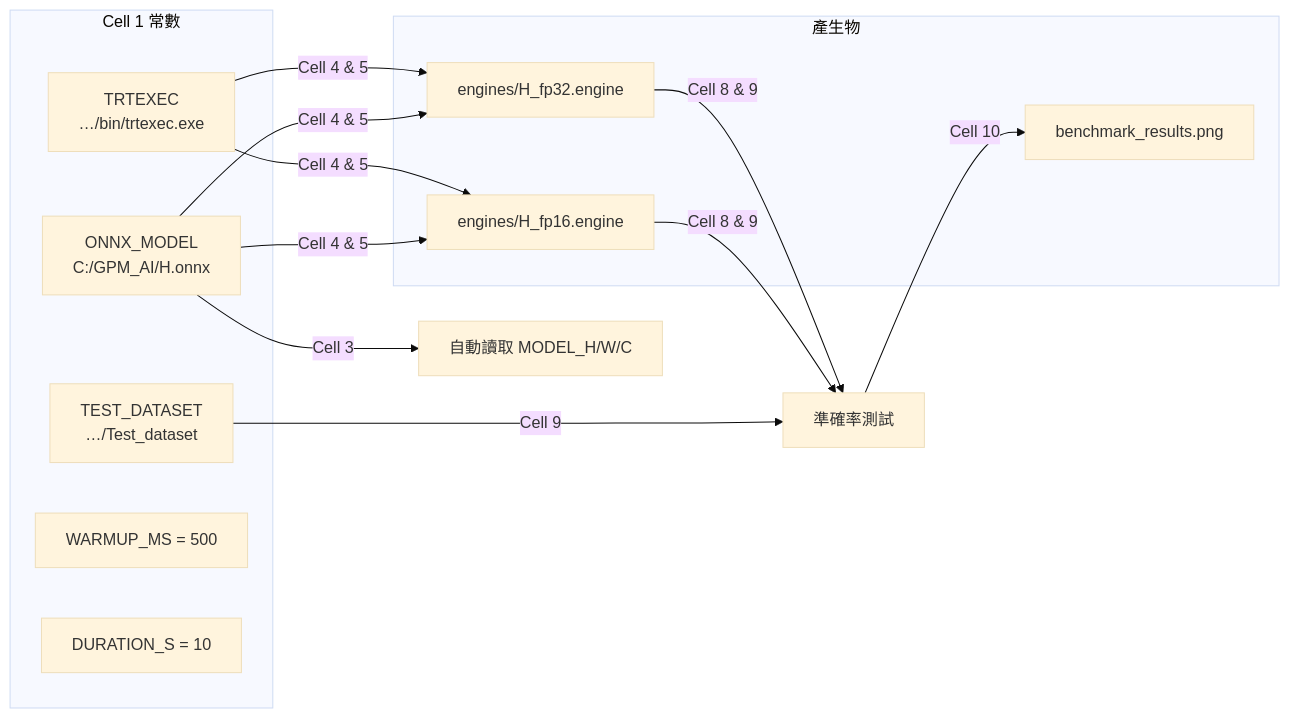
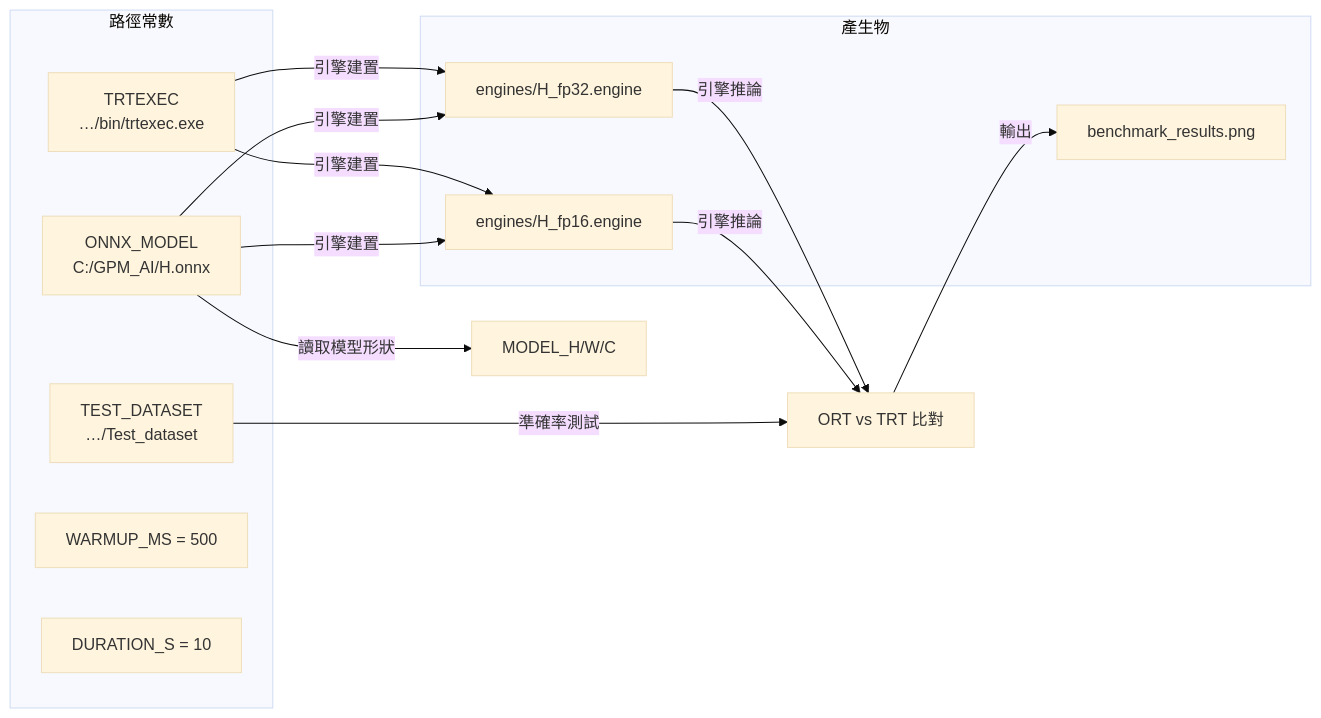
Before and after one commit to wizardhsiehcom/tensorrt: the diagram in book/src/setup/paths.md, drawn with Mermaid (base theme). The commit also changed other lines of this file and 14 other files, not shown here.

````diff
--- a/book/src/setup/paths.md
+++ b/book/src/setup/paths.md
@@ -5,23 +5,23 @@
 ```mermaid
 graph LR
-    subgraph "Cell 1 常數"
+    subgraph "路徑常數"
         A["TRTEXEC<br/>…/bin/trtexec.exe"]
         B["ONNX_MODEL<br/>C:/GPM_AI/H.onnx"]
         C["TEST_DATASET<br/>…/Test_dataset"]
         D["WARMUP_MS = 500"]
         E["DURATION_S = 10"]
     end
 
     subgraph "產生物"
         F["engines/H_fp32.engine"]
         G["engines/H_fp16.engine"]
         H["benchmark_results.png"]
     end
 
-    A -->|Cell 4 & 5| F & G
-    B -->|Cell 3| I[自動讀取 MODEL_H/W/C]
-    B -->|Cell 4 & 5| F & G
-    C -->|Cell 9| J[準確率測試]
-    F & G -->|Cell 8 & 9| J
-    J -->|Cell 10| H
+    A -->|"引擎建置"| F & G
+    B -->|"讀取模型形狀"| I["MODEL_H/W/C"]
+    B -->|"引擎建置"| F & G
+    C -->|"準確率測試"| J["ORT vs TRT 比對"]
+    F & G -->|"引擎推論"| J
+    J -->|"輸出"| H
 ```
````
